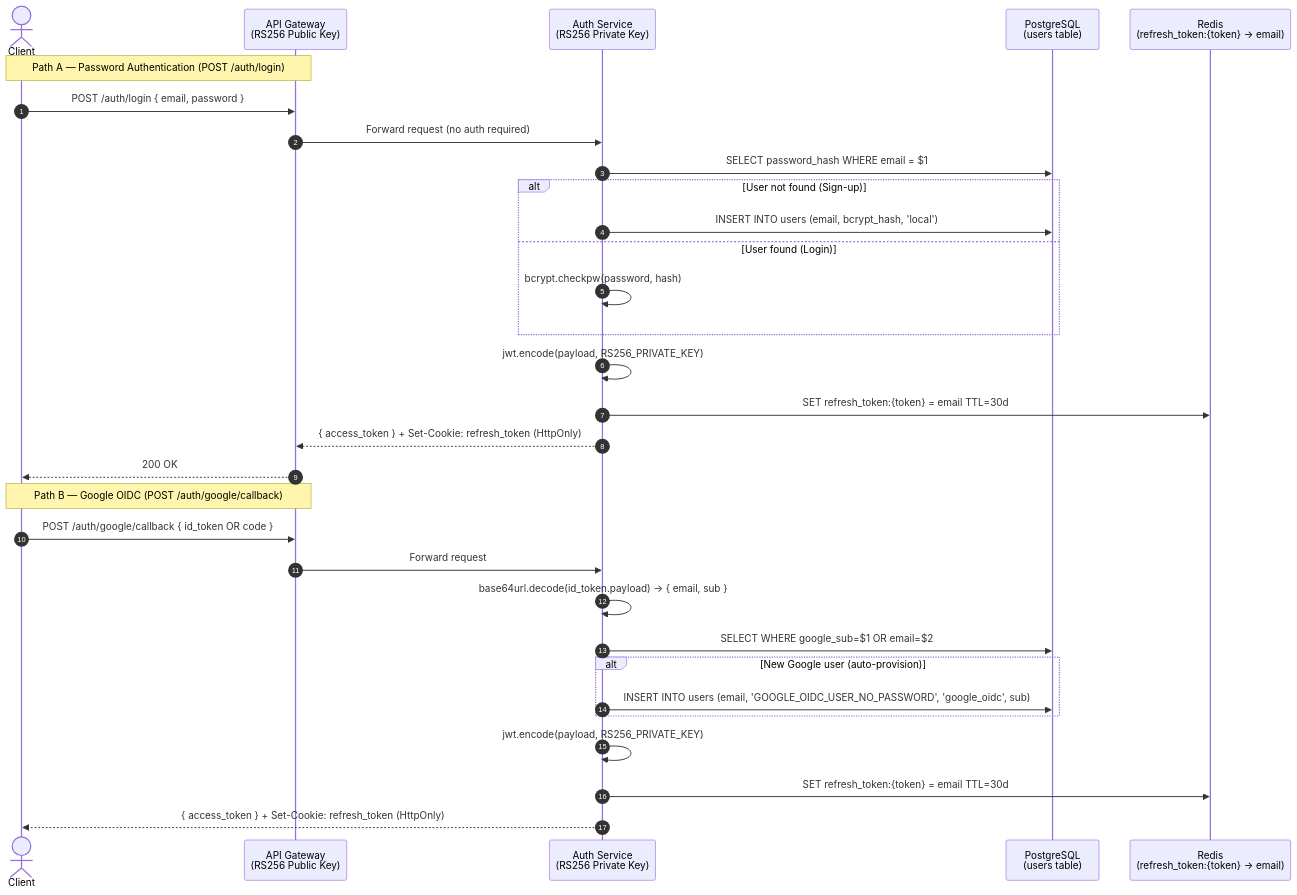
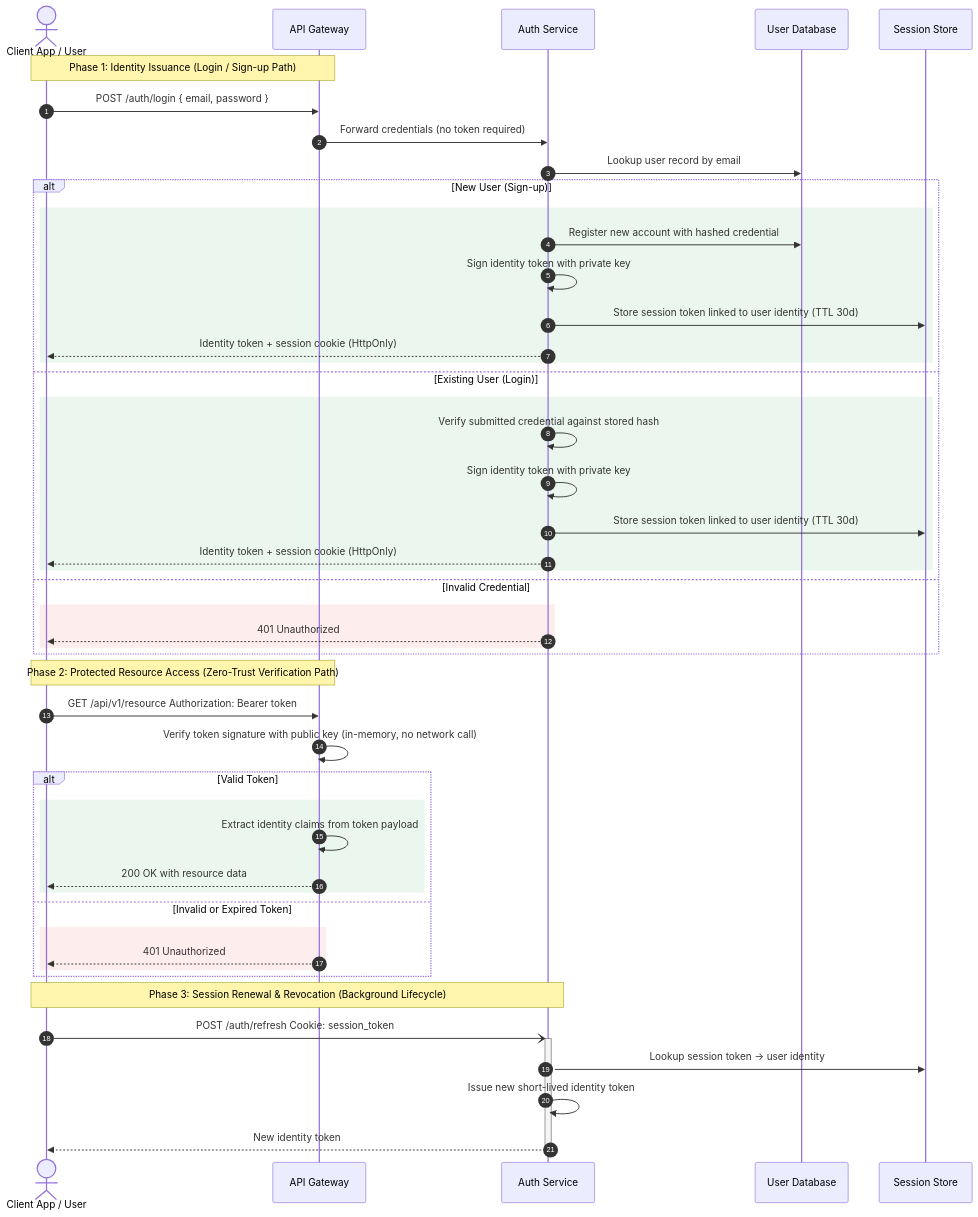
One commit to boycececil666gmailcom/Microservice-Auth-Platform changed the first of 3 diagrams in README.md. Above: the diagram before and after it, drawn with Mermaid. The commit also changed other lines of this file, not shown here.

Commit message:
docs: rewrite README with create_readme skill — business-value focus, 3 Mermaid diagrams (sequence+ELK prod+ELK container)

````diff
--- a/README.md
+++ b/README.md
@@ -35,35 +35,54 @@
 ```mermaid
 sequenceDiagram
     autonumber
-    actor C as Client
-    participant GW as API Gateway<br/>(RS256 Public Key)
-    participant Auth as Auth Service<br/>(RS256 Private Key)
-    participant PG as PostgreSQL<br/>(users table)
-    participant RD as Redis<br/>(refresh_token:{token} → email)
+    actor C as Client App / User
+    participant GW as API Gateway
+    participant Auth as Auth Service
+    participant PG as User Database
+    participant RD as Session Store
 
-    Note over C, GW: Path A — Password Authentication (POST /auth/login)
+    Note over C, GW: Phase 1: Identity Issuance (Login / Sign-up Path)
     C->>GW: POST /auth/login { email, password }
-    GW->>Auth: Forward request (no auth required)
-    Auth->>PG: SELECT password_hash WHERE email = $1
-    alt User not found (Sign-up)
-        Auth->>PG: INSERT INTO users (email, bcrypt_hash, 'local')
-    else User found (Login)
-        Auth->>Auth: bcrypt.checkpw(password, hash)
+    GW->>Auth: Forward credentials (no token required)
+    Auth->>PG: Lookup user record by email
+    alt New User (Sign-up)
+        rect rgb(235, 247, 238)
+            Auth->>PG: Register new account with hashed credential
+            Auth->>Auth: Sign identity token with private key
+            Auth->>RD: Store session token linked to user identity (TTL 30d)
+            Auth-->>C: Identity token + session cookie (HttpOnly)
+        end
+    else Existing User (Login)
+        rect rgb(235, 247, 238)
+            Auth->>Auth: Verify submitted credential against stored hash
+            Auth->>Auth: Sign identity token with private key
+            Auth->>RD: Store session token linked to user identity (TTL 30d)
+            Auth-->>C: Identity token + session cookie (HttpOnly)
+        end
+    else Invalid Credential
+        rect rgb(253, 237, 237)
+            Auth-->>C: 401 Unauthorized
+        end
     end
-    Auth->>Auth: jwt.encode(payload, RS256_PRIVATE_KEY)
-    Auth->>RD: SET refresh_token:{token} = email  TTL=30d
-    Auth-->>GW: { access_token } + Set-Cookie: refresh_token (HttpOnly)
-    GW-->>C: 200 OK
 
-    Note over C, GW: Path B — Google OIDC (POST /auth/google/callback)
-    C->>GW: POST /auth/google/callback { id_token OR code }
-    GW->>Auth: Forward request
-    Auth->>Auth: base64url.decode(id_token.payload) → { email, sub }
-    Auth->>PG: SELECT WHERE google_sub=$1 OR email=$2
-    alt New Google user (auto-provision)
-        Auth->>PG: INSERT INTO users (email, 'GOOGLE_OIDC_USER_NO_PASSWORD', 'google_oidc', sub)
+    Note over C, GW: Phase 2: Protected Resource Access (Zero-Trust Verification Path)
+    C->>GW: GET /api/v1/resource  Authorization: Bearer token
+    GW->>GW: Verify token signature with public key (in-memory, no network call)
+    alt Valid Token
+        rect rgb(235, 247, 238)
+            GW->>GW: Extract identity claims from token payload
+            GW-->>C: 200 OK with resource data
+        end
+    else Invalid or Expired Token
+        rect rgb(253, 237, 237)
+            GW-->>C: 401 Unauthorized
+        end
     end
-    Auth->>Auth: jwt.encode(payload, RS256_PRIVATE_KEY)
-    Auth->>RD: SET refresh_token:{token} = email  TTL=30d
-    Auth-->>C: { access_token } + Set-Cookie: refresh_token (HttpOnly)
+
+    Note over C, Auth: Phase 3: Session Renewal & Revocation (Background Lifecycle)
+    C-)+Auth: POST /auth/refresh  Cookie: session_token
+    Auth->>RD: Lookup session token -> user identity
+    Auth->>Auth: Issue new short-lived identity token
+    Auth-->>C: New identity token
+    deactivate Auth
 ```
````
